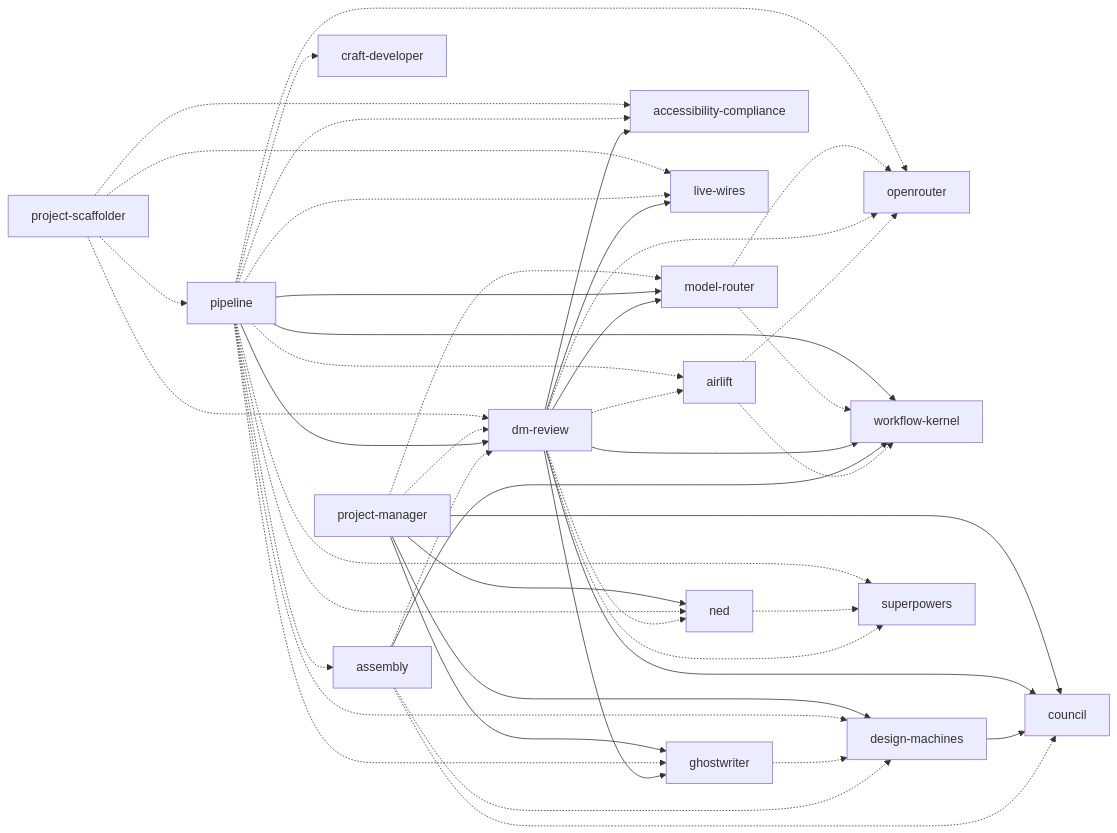
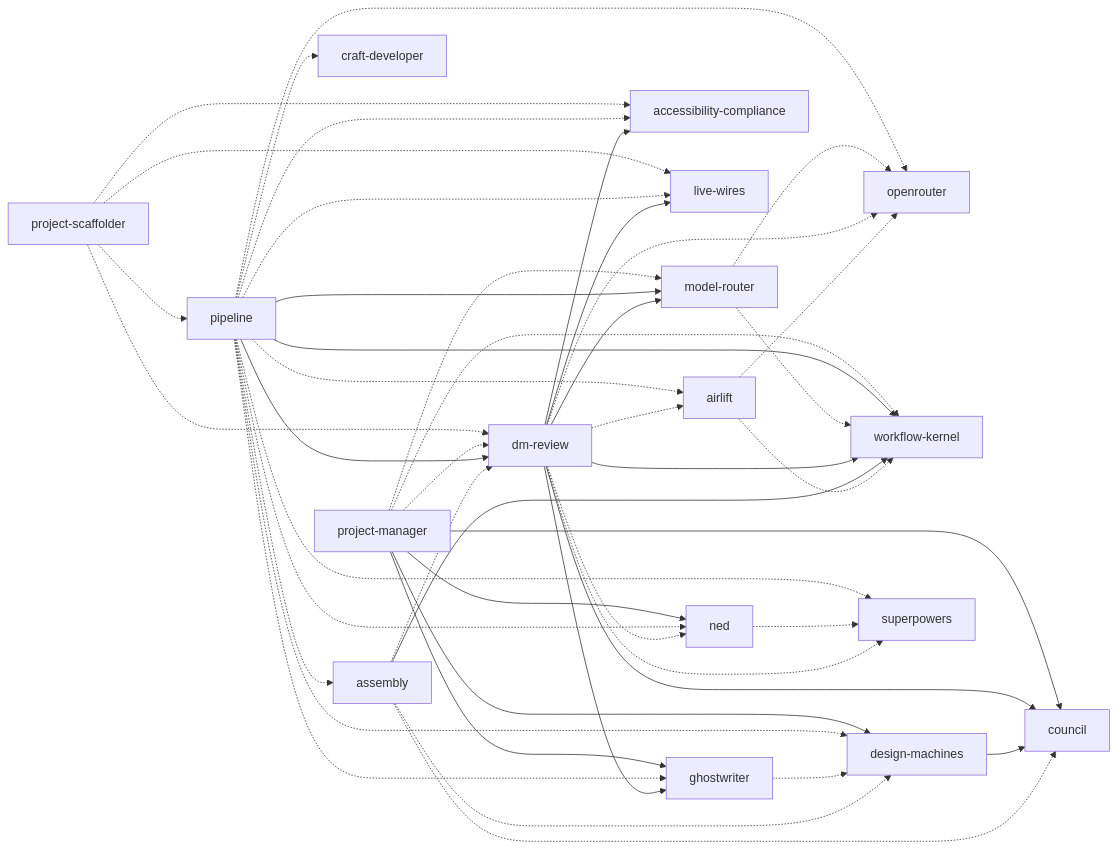
The diagram in docs/dependency-graph.md (Design-Machines-Studio/depot), drawn with Mermaid before and after one commit. The commit also changed other lines of this file and 19 other files, not shown here.

````diff
--- a/docs/dependency-graph.md
+++ b/docs/dependency-graph.md
@@ -5,47 +5,48 @@
 ```mermaid
 graph LR
   airlift -.-> openrouter
   airlift -.-> workflow-kernel
   assembly --> workflow-kernel
   assembly -.-> council
   assembly -.-> design-machines
   assembly -.-> dm-review
   design-machines --> council
   dm-review --> accessibility-compliance
   dm-review --> live-wires
   dm-review --> ghostwriter
   dm-review --> council
   dm-review --> model-router
   dm-review --> workflow-kernel
   dm-review -.-> ned
   dm-review -.-> superpowers
   dm-review -.-> airlift
   dm-review -.-> openrouter
   ghostwriter -.-> design-machines
   model-router -.-> openrouter
   model-router -.-> workflow-kernel
   ned -.-> superpowers
   pipeline --> dm-review
   pipeline --> model-router
   pipeline --> workflow-kernel
   pipeline -.-> ned
   pipeline -.-> design-machines
   pipeline -.-> assembly
   pipeline -.-> live-wires
   pipeline -.-> craft-developer
   pipeline -.-> accessibility-compliance
   pipeline -.-> ghostwriter
   pipeline -.-> superpowers
   pipeline -.-> airlift
   pipeline -.-> openrouter
   project-manager --> ned
   project-manager --> design-machines
   project-manager --> ghostwriter
   project-manager --> council
   project-manager -.-> model-router
   project-manager -.-> dm-review
+  project-manager -.-> workflow-kernel
   project-scaffolder -.-> live-wires
   project-scaffolder -.-> dm-review
   project-scaffolder -.-> pipeline
   project-scaffolder -.-> accessibility-compliance
 ```
````
